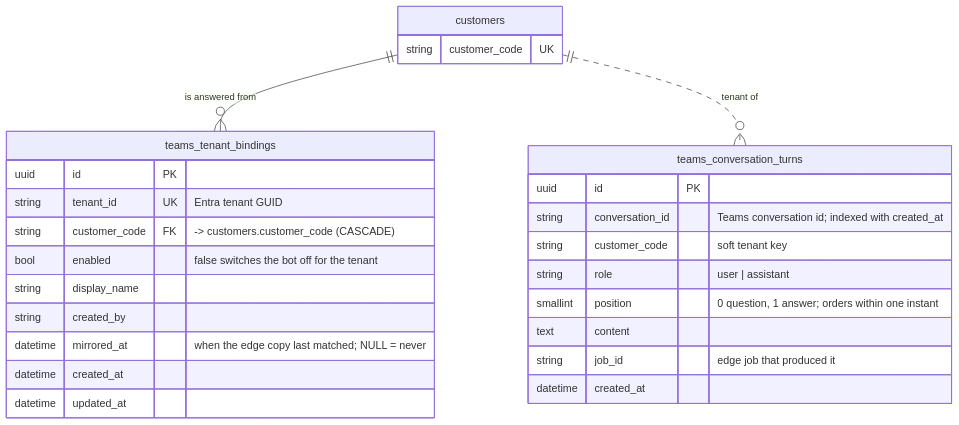
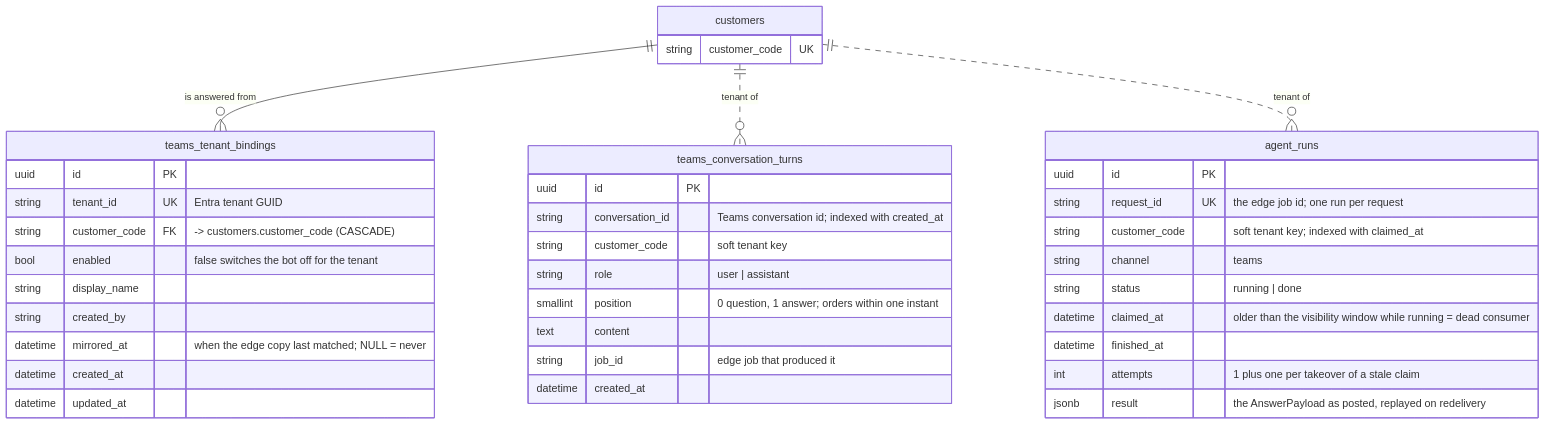
Before and after one commit to eamtalu/RAG-PipeLine: diagram 14 of 14 in docs/database-er-diagram.md, drawn with Mermaid. The commit also changed other lines of this file and 10 other files, not shown here.

First line of the commit message:
agent: claim an agent_runs row before every Teams run (step 5)

````diff
--- a/docs/database-er-diagram.md
+++ b/docs/database-er-diagram.md
@@ -1353,32 +1356,45 @@
 ```mermaid
 erDiagram
     customers {
         string customer_code UK
     }
 
     teams_tenant_bindings {
         uuid id PK
         string tenant_id UK "Entra tenant GUID"
         string customer_code FK "-> customers.customer_code (CASCADE)"
         bool enabled "false switches the bot off for the tenant"
         string display_name
         string created_by
         datetime mirrored_at "when the edge copy last matched; NULL = never"
         datetime created_at
         datetime updated_at
     }
 
     teams_conversation_turns {
         uuid id PK
         string conversation_id "Teams conversation id; indexed with created_at"
         string customer_code "soft tenant key"
         string role "user | assistant"
         smallint position "0 question, 1 answer; orders within one instant"
         text content
         string job_id "edge job that produced it"
         datetime created_at
     }
 
+    agent_runs {
+        uuid id PK
+        string request_id UK "the edge job id; one run per request"
+        string customer_code "soft tenant key; indexed with claimed_at"
+        string channel "teams"
+        string status "running | done"
+        datetime claimed_at "older than the visibility window while running = dead consumer"
+        datetime finished_at
+        int attempts "1 plus one per takeover of a stale claim"
+        jsonb result "the AnswerPayload as posted, replayed on redelivery"
+    }
+
     customers ||--o{ teams_tenant_bindings : "is answered from"
     customers ||..o{ teams_conversation_turns : "tenant of"
+    customers ||..o{ agent_runs : "tenant of"
 ```
````
